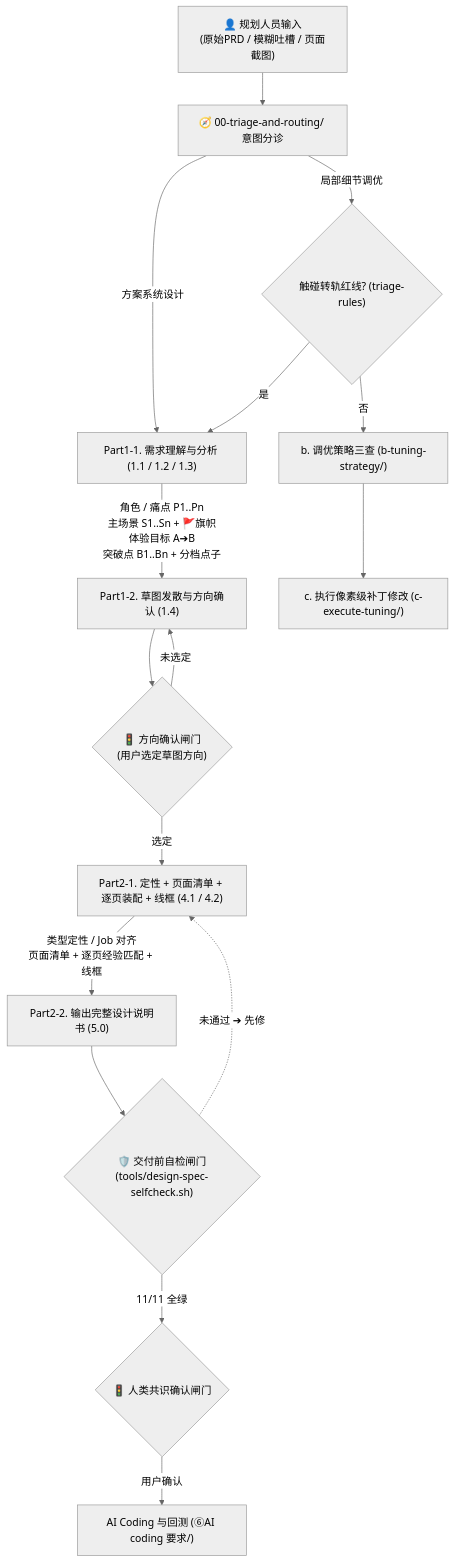
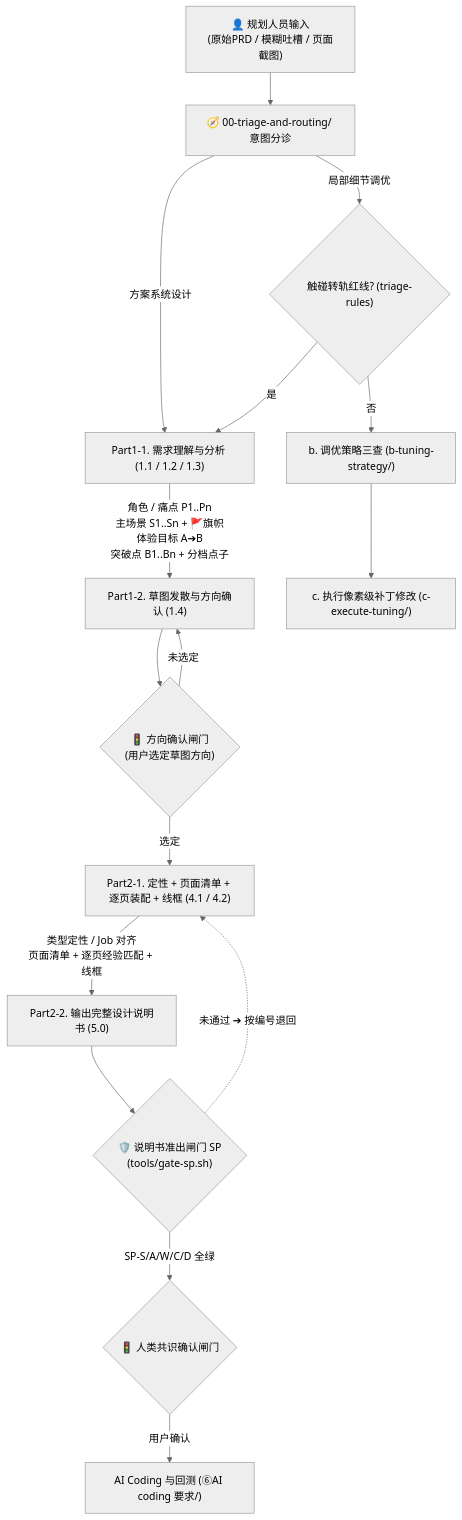
One commit to wangjue2026/skill-designer-prism changed the first of 3 diagrams in 04-workflows-and-cases/execution-sop.md. Above: the diagram before and after it, drawn with Mermaid (neutral theme). The commit also changed other lines of this file and 37 other files, not shown here.

````diff
--- a/04-workflows-and-cases/execution-sop.md
+++ b/04-workflows-and-cases/execution-sop.md
@@ -11,20 +17,20 @@
 ```mermaid
 graph TD
     Start["👤 规划人员输入<br>(原始PRD / 模糊吐槽 / 页面截图)"] --> Triage["🧭 00-triage-and-routing/ 意图分诊"]
 
     Triage -->|"方案系统设计"| S1["Part1-1. 需求理解与分析 (1.1 / 1.2 / 1.3)"]
     S1 -->|"角色 / 痛点 P1..Pn<br>主场景 S1..Sn + 🚩旗帜<br>体验目标 A➔B<br>突破点 B1..Bn + 分档点子"| S15["Part1-2. 草图发散与方向确认 (1.4)"]
     S15 --> Gate1{"🚦 方向确认闸门<br>(用户选定草图方向)"}
     Gate1 -->|"未选定"| S15
     Gate1 -->|"选定"| S3["Part2-1. 定性 + 页面清单 + 逐页装配 + 线框 (4.1 / 4.2)"]
     S3 -->|"类型定性 / Job 对齐<br>页面清单 + 逐页经验匹配 + 线框"| S4["Part2-2. 输出完整设计说明书 (5.0)"]
-    S4 --> Check{"🛡️ 交付前自检闸门<br>(tools/design-spec-selfcheck.sh)"}
-    Check -->|"11/11 全绿"| Gate{"🚦 人类共识确认闸门"}
-    Check -.->|"未通过 ➔ 先修"| S3
+    S4 --> Check{"🛡️ 说明书准出闸门 SP<br>(tools/gate-sp.sh)"}
+    Check -->|"SP-S/A/W/C/D 全绿"| Gate{"🚦 人类共识确认闸门"}
+    Check -.->|"未通过 ➔ 按编号退回"| S3
     Gate -->|"用户确认"| S5["AI Coding 与回测 (⑥AI coding 要求/)"]
 
     Triage -->|"局部细节调优"| Redline{"触碰转轨红线? (triage-rules)"}
     Redline -->|"是"| S1
     Redline -->|"否"| M2["b. 调优策略三查 (b-tuning-strategy/)"]
     M2 --> M3["c. 执行像素级补丁修改 (c-execute-tuning/)"]
 ```
````
